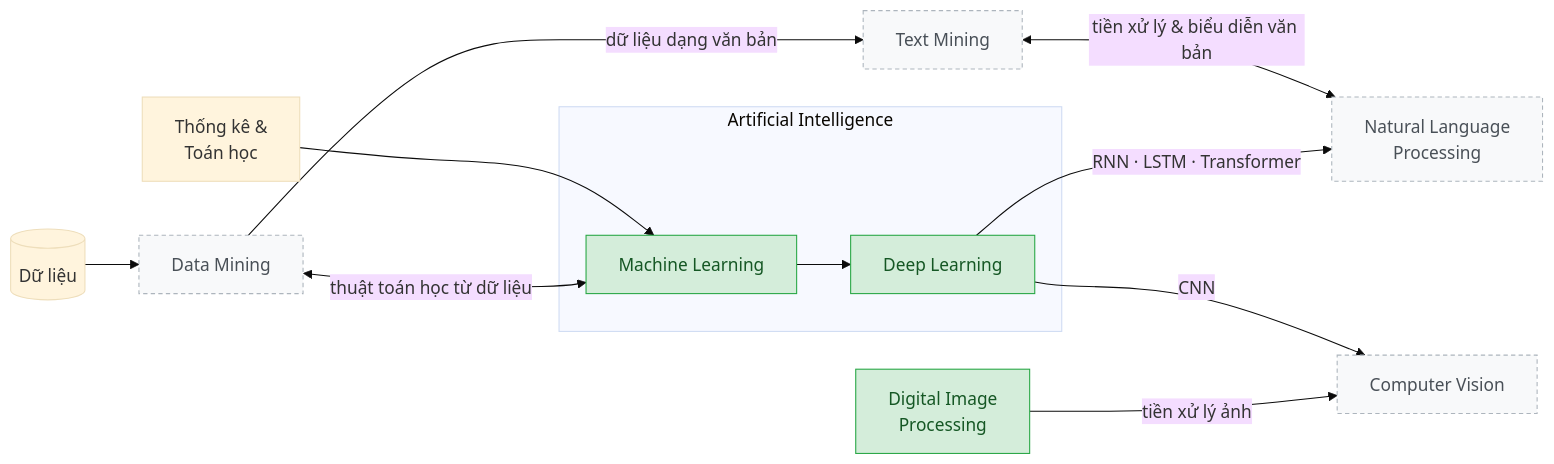
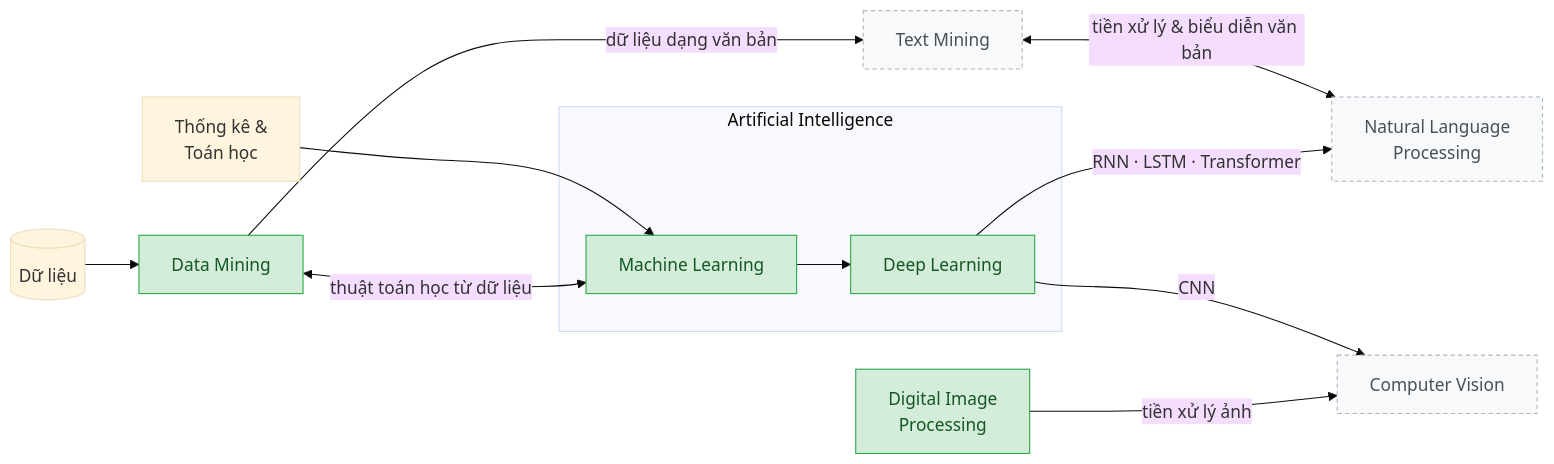
Before and after one commit to TranHoangDatSC/Data-Analysis-Laboratory: the second of 2 diagrams in README.md, drawn with Mermaid (base theme). The commit also changed other lines of this file and 1 other file, not shown here.

````diff
--- a/README.md
+++ b/README.md
@@ -84,21 +84,21 @@
 ```mermaid
 flowchart LR
     STAT[Thống kê &<br/>Toán học] --> ML
     DATA[(Dữ liệu)] --> DM
 
     subgraph AI[Artificial Intelligence]
         ML[Machine Learning] --> DL[Deep Learning]
     end
 
     DM[Data Mining] <-->|thuật toán học từ dữ liệu| ML
     DM -->|dữ liệu dạng văn bản| TM[Text Mining]
     TM <-->|tiền xử lý & biểu diễn văn bản| NLP[Natural Language<br/>Processing]
     DL -->|RNN · LSTM · Transformer| NLP
     DL -->|CNN| CV[Computer Vision]
     DIP[Digital Image<br/>Processing] -->|tiền xử lý ảnh| CV
 
     classDef done fill:#d4edda,stroke:#28a745,color:#155724
     classDef todo fill:#f8f9fa,stroke:#adb5bd,color:#495057,stroke-dasharray:4 3
-    class ML,DIP,DL done
-    class DM,TM,NLP,CV todo
+    class ML,DIP,DL,DM done
+    class TM,NLP,CV todo
 ```
````
